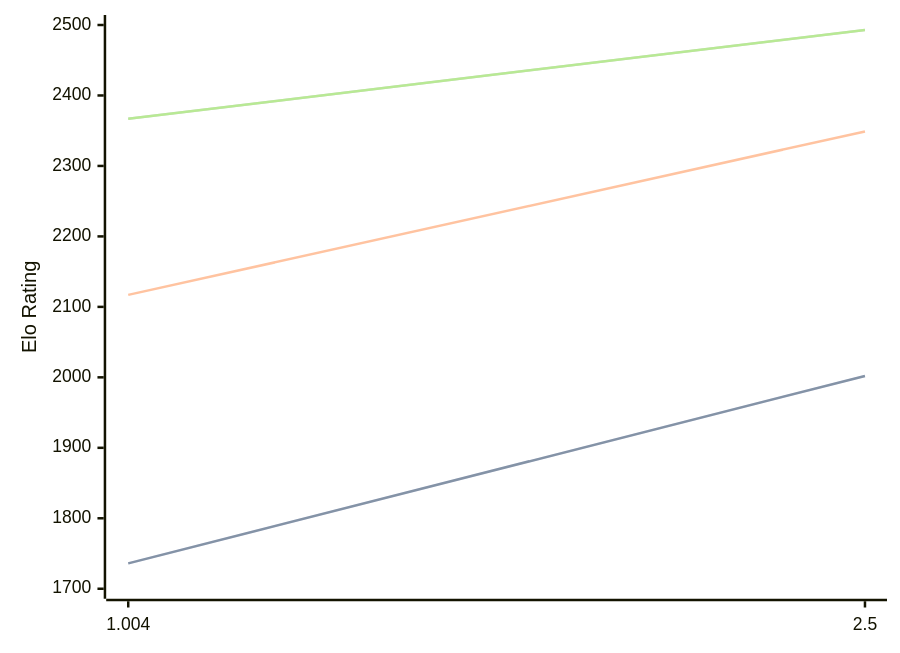
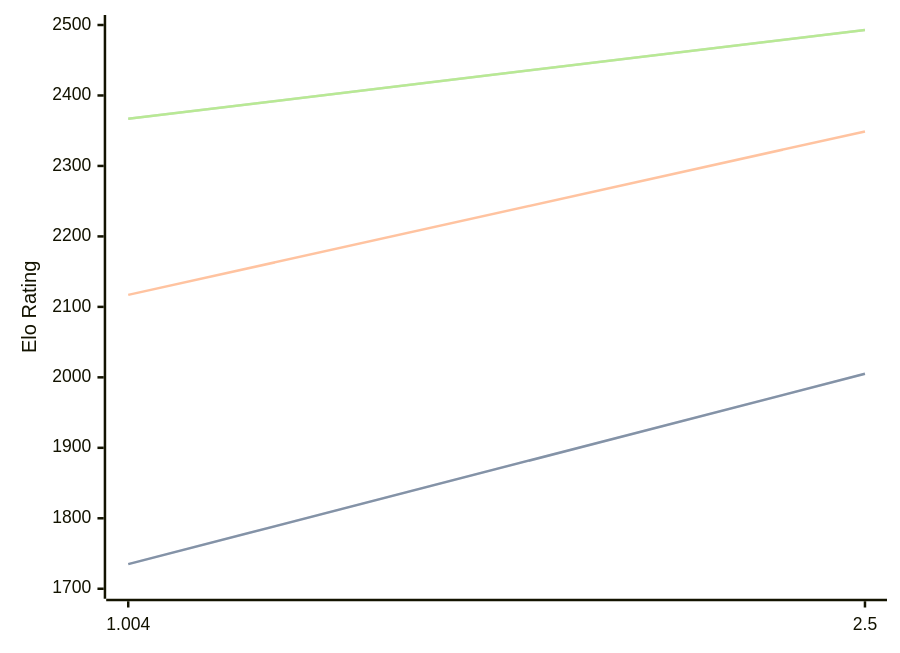
The diagram in engines/Ares.md (computer-chess-index/cci), drawn with Mermaid before and after one commit. The commit also changed other lines of this file, not shown here.

````diff
--- a/engines/Ares.md
+++ b/engines/Ares.md
@@ -30,11 +30,11 @@
 ```mermaid
 %%{init: {"theme":"base","themeVariables":{"seriesColors:['#a3a3a3','#222221','#faa371']}}}%%
 xychart-beta
   x-axis ["1.004", "2.5"]
   y-axis "Elo Rating" 1700 --> 2500
-  line "STC (8.0+0.08s)" [1736, 2002]
-  line "STC (8.0+0.08s)" [1736, 2002]
+  line "STC (8.0+0.08s)" [1735, 2005]
+  line "STC (8.0+0.08s)" [1735, 2005]
   line "LTC (60.0+0.60s)" [2117, 2349]
   line "VLTC (2m24s+1.12s)" [2367, 2493]
   line "VLTC (2m24s+1.12s)" [2367, 2493]
 ```
````
